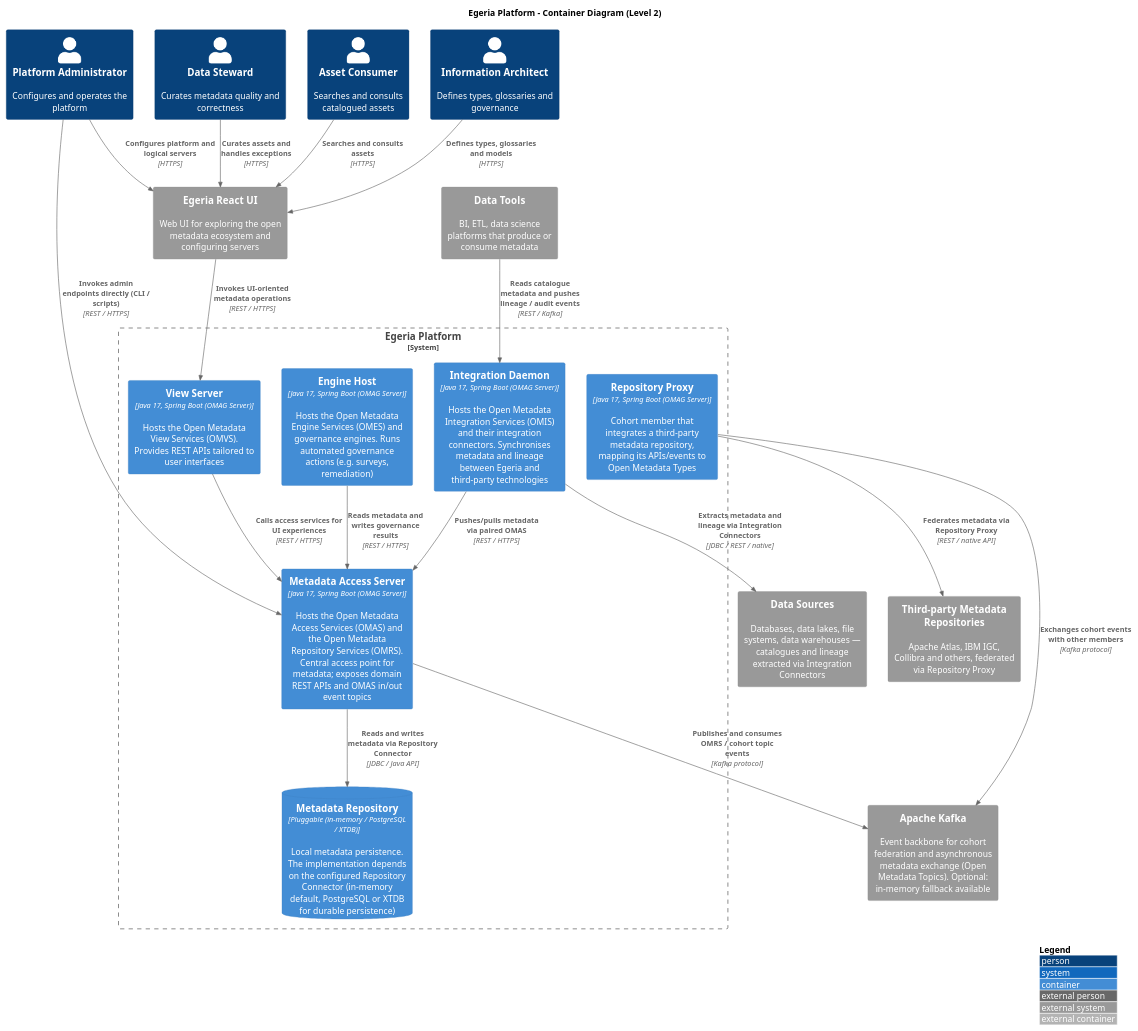
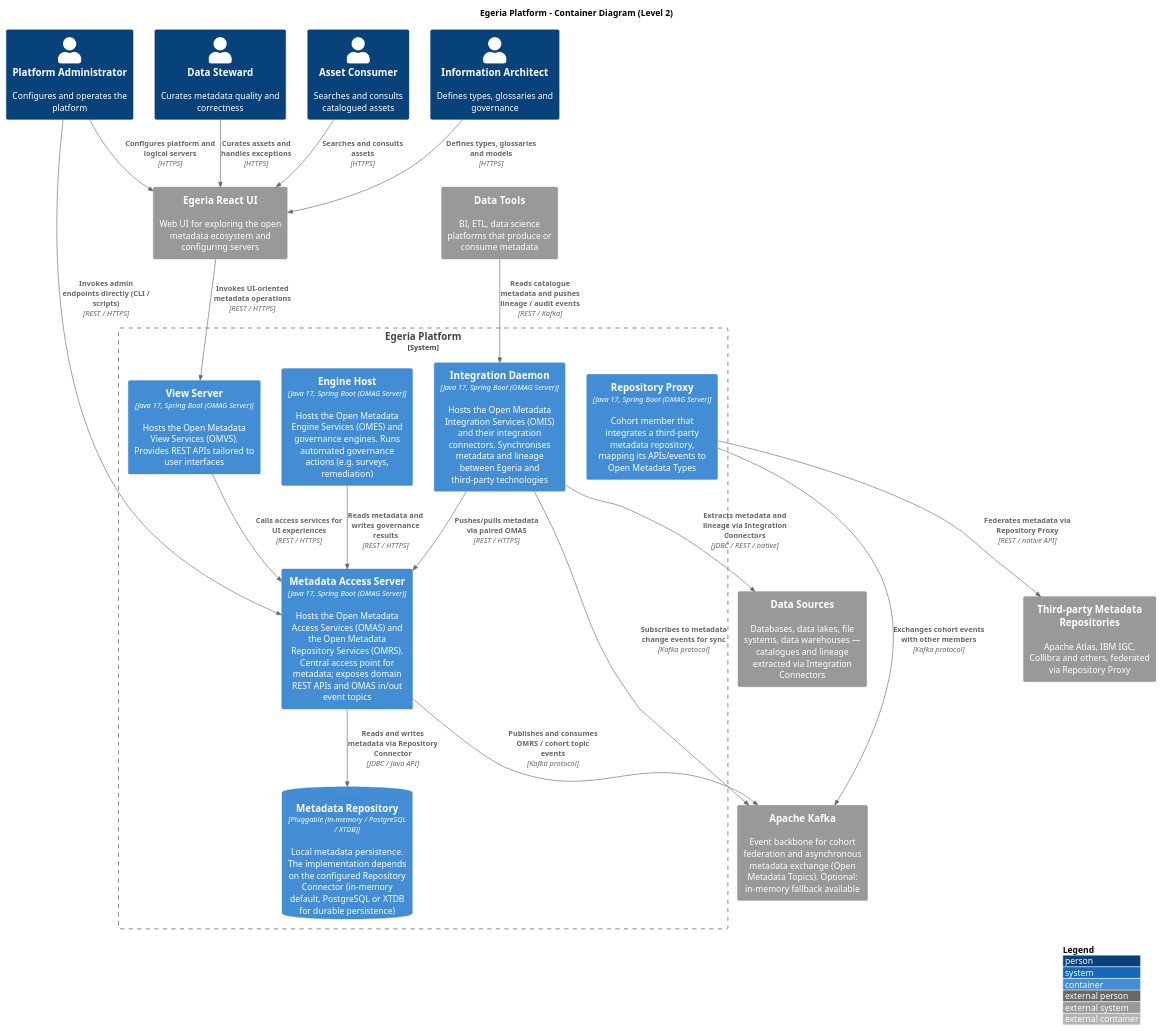
One commit to PoliTO-SwDA-2026-Team18/project changed the diagram in diagrams/c4/container.puml. Above: the diagram before and after it, drawn with PlantUML. The commit also changed 16 other files, not shown here.

```diff
--- a/diagrams/c4/container.puml
+++ b/diagrams/c4/container.puml
@@ -1,44 +1,45 @@
 @startuml C4_Container_Egeria
 !include https://raw.githubusercontent.com/plantuml-stdlib/C4-PlantUML/master/C4_Container.puml
 
 LAYOUT_WITH_LEGEND()
 
 title Egeria Platform - Container Diagram (Level 2)
 
 Person(architect, "Information Architect", "Defines types, glossaries and governance")
 Person(steward,   "Data Steward",          "Curates metadata quality and correctness")
 Person(consumer,  "Asset Consumer",        "Searches and consults catalogued assets")
 Person(admin,     "Platform Administrator","Configures and operates the platform")
 
 System_Boundary(egeria, "Egeria Platform") {
     Container(mas, "Metadata Access Server", "Java 17, Spring Boot (OMAG Server)", "Hosts the Open Metadata Access Services (OMAS) and the Open Metadata Repository Services (OMRS). Central access point for metadata; exposes domain REST APIs and OMAS in/out event topics")
     Container(intd, "Integration Daemon", "Java 17, Spring Boot (OMAG Server)", "Hosts the Open Metadata Integration Services (OMIS) and their integration connectors. Synchronises metadata and lineage between Egeria and third-party technologies")
     Container(engine, "Engine Host", "Java 17, Spring Boot (OMAG Server)", "Hosts the Open Metadata Engine Services (OMES) and governance engines. Runs automated governance actions (e.g. surveys, remediation)")
     Container(view, "View Server", "Java 17, Spring Boot (OMAG Server)", "Hosts the Open Metadata View Services (OMVS). Provides REST APIs tailored to user interfaces")
     Container(proxy, "Repository Proxy", "Java 17, Spring Boot (OMAG Server)", "Cohort member that integrates a third-party metadata repository, mapping its APIs/events to Open Metadata Types")
     ContainerDb(metadataStore, "Metadata Repository", "Pluggable (in-memory / PostgreSQL / XTDB)", "Local metadata persistence. The implementation depends on the configured Repository Connector (in-memory default, PostgreSQL or XTDB for durable persistence)")
 }
 
 System_Ext(ui,            "Egeria React UI", "Web UI for exploring the open metadata ecosystem and configuring servers")
 System_Ext(kafka,         "Apache Kafka",                     "Event backbone for cohort federation and asynchronous metadata exchange (Open Metadata Topics). Optional: in-memory fallback available")
 System_Ext(thirdPartyRepo,"Third-party Metadata Repositories","Apache Atlas, IBM IGC, Collibra and others, federated via Repository Proxy")
 System_Ext(dataSources,   "Data Sources",                     "Databases, data lakes, file systems, data warehouses — catalogues and lineage extracted via Integration Connectors")
 System_Ext(externalTools, "Data Tools",                       "BI, ETL, data science platforms that produce or consume metadata")
 
 Rel(architect, ui,   "Defines types, glossaries and models",                "HTTPS")
 Rel(steward,   ui,   "Curates assets and handles exceptions",               "HTTPS")
 Rel(consumer,  ui,   "Searches and consults assets",                        "HTTPS")
 Rel(admin,     ui,   "Configures platform and logical servers",             "HTTPS")
 Rel(ui,        view, "Invokes UI-oriented metadata operations",             "REST / HTTPS")
 Rel(admin,     mas,  "Invokes admin endpoints directly (CLI / scripts)",    "REST / HTTPS")
 Rel(view, mas, "Calls access services for UI experiences", "REST / HTTPS")
 Rel(intd,   mas, "Pushes/pulls metadata via paired OMAS",        "REST / HTTPS")
 Rel(engine, mas, "Reads metadata and writes governance results", "REST / HTTPS")
 Rel(mas,   metadataStore, "Reads and writes metadata via Repository Connector", "JDBC / Java API")
 Rel(mas,   kafka,         "Publishes and consumes OMRS / cohort topic events",  "Kafka protocol")
 Rel(proxy, kafka,         "Exchanges cohort events with other members",         "Kafka protocol")
 Rel(proxy,  thirdPartyRepo, "Federates metadata via Repository Proxy",                  "REST / native API")
 Rel(intd,   dataSources,    "Extracts metadata and lineage via Integration Connectors", "JDBC / REST / native")
 Rel(externalTools, intd,  "Reads catalogue metadata and pushes lineage / audit events", "REST / Kafka")
+Rel(intd, kafka, "Subscribes to metadata change events for sync", "Kafka protocol")
 
 @enduml
```
